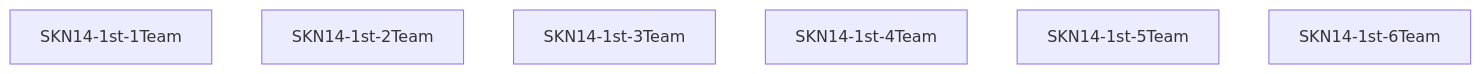
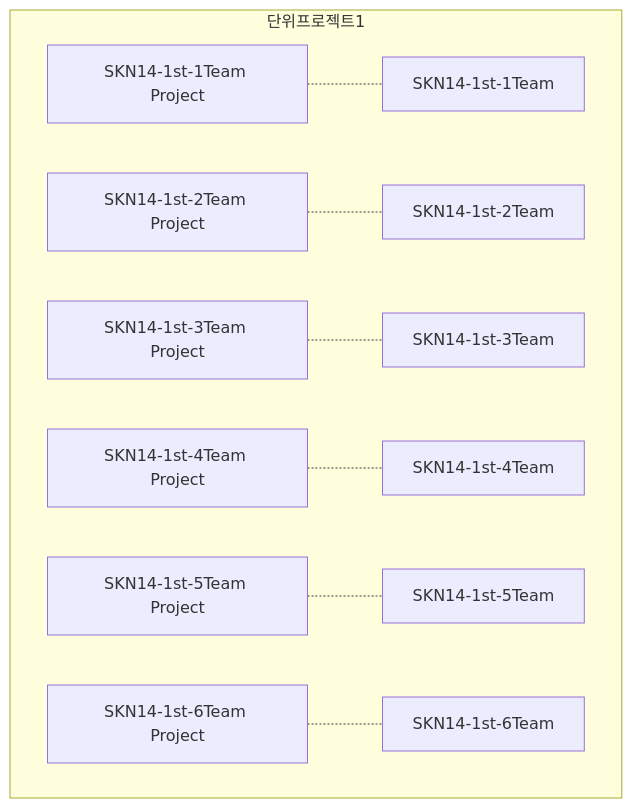
Before and after one commit to skn-ai14-250409/.github: the second of 2 diagrams in profile/README.md, drawn with Mermaid. The commit also changed other lines of this file, not shown here.

````diff
--- a/profile/README.md
+++ b/profile/README.md
@@ -39,18 +39,44 @@
 ```mermaid
 graph TD
-    %% B1["SKN14-1st-1Team<br><sub>세부내용</sub>"]
-    B1[SKN14-1st-1Team]
-    B2[SKN14-1st-2Team]
-    B3[SKN14-1st-3Team]
-    B4[SKN14-1st-4Team]
-    B5[SKN14-1st-5Team]
-    B6[SKN14-1st-6Team]
+    
+    subgraph 단위프로젝트1
+        A1[SKN14-1st-1Team Project]
+        A2[SKN14-1st-2Team Project]
+        A3[SKN14-1st-3Team Project]
+        A4[SKN14-1st-4Team Project]
+        A5[SKN14-1st-5Team Project]
+        A6[SKN14-1st-6Team Project]
+
+        %% B1["SKN14-1st-1Team<br><sub>세부내용</sub>"]
+        B1[SKN14-1st-1Team]
+        B2[SKN14-1st-2Team]
+        B3[SKN14-1st-3Team]
+        B4[SKN14-1st-4Team]
+        B5[SKN14-1st-5Team]
+        B6[SKN14-1st-6Team]
+
+        A1 -.- B1
+        A2 -.- B2
+        A3 -.- B3
+        A4 -.- B4
+        A5 -.- B5
+        A6 -.- B6
+
+            
+
+    end
+    click A1 "https://github.com/orgs/skn-ai14-250409/projects/5" "SKN14-1st-1Team"
+    click A2 "https://github.com/orgs/skn-ai14-250409/projects/7" "SKN14-1st-2Team"
+    click A3 "https://github.com/orgs/skn-ai14-250409/projects/8" "SKN14-1st-3Team"
+    click A4 "https://github.com/orgs/skn-ai14-250409/projects/9" "SKN14-1st-4Team"
+    click A5 "https://github.com/orgs/skn-ai14-250409/projects/10" "SKN14-1st-5Team"
+    click A6 "https://github.com/orgs/skn-ai14-250409/projects/11" "SKN14-1st-6Team"
 
     click B1 "https://github.com/skn-ai14-250409/SKN14-1st-1Team" "SKN14-1st-1Team"
     click B2 "https://github.com/skn-ai14-250409/SKN14-1st-2Team" "SKN14-1st-2Team"
     click B3 "https://github.com/skn-ai14-250409/SKN14-1st-3Team" "SKN14-1st-3Team"
     click B4 "https://github.com/skn-ai14-250409/SKN14-1st-4Team" "SKN14-1st-4Team"
     click B5 "https://github.com/skn-ai14-250409/SKN14-1st-5Team" "SKN14-1st-5Team"
     click B6 "https://github.com/skn-ai14-250409/SKN14-1st-6Team" "SKN14-1st-6Team"
 
 ```
````
